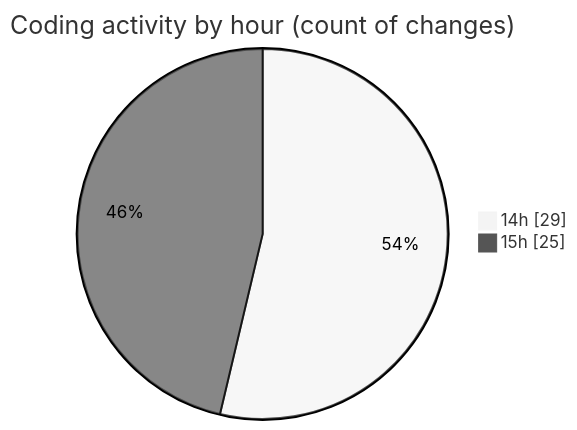
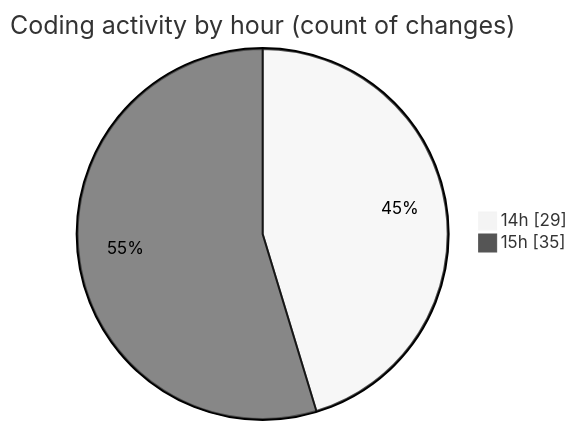
One commit to CELIANVF/code-tracking changed the second of 2 diagrams in 2025-06-05/ecodeli-1/README.md. Above: the diagram before and after it, drawn with Mermaid (neutral theme). The commit also changed other lines of this file and 1 other file, not shown here.

````diff
--- a/2025-06-05/ecodeli-1/README.md
+++ b/2025-06-05/ecodeli-1/README.md
@@ -51,6 +56,6 @@
 ```mermaid
 pie showData
 title Coding activity by hour (count of changes)
 "14h" : 29
-"15h" : 25
+"15h" : 35
 ```
````
